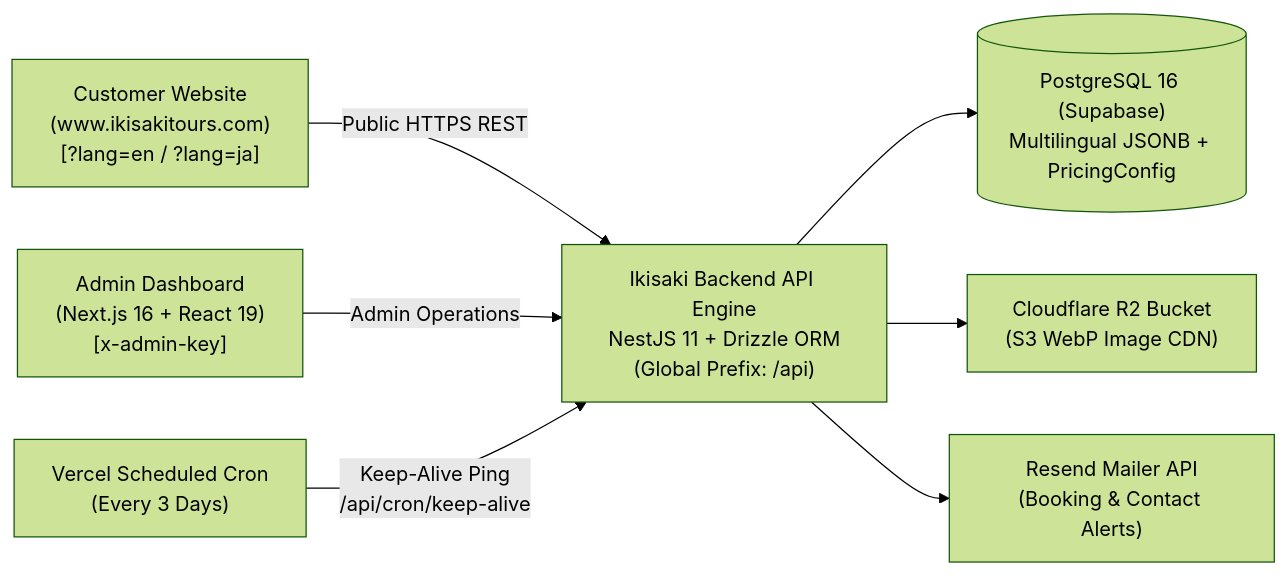
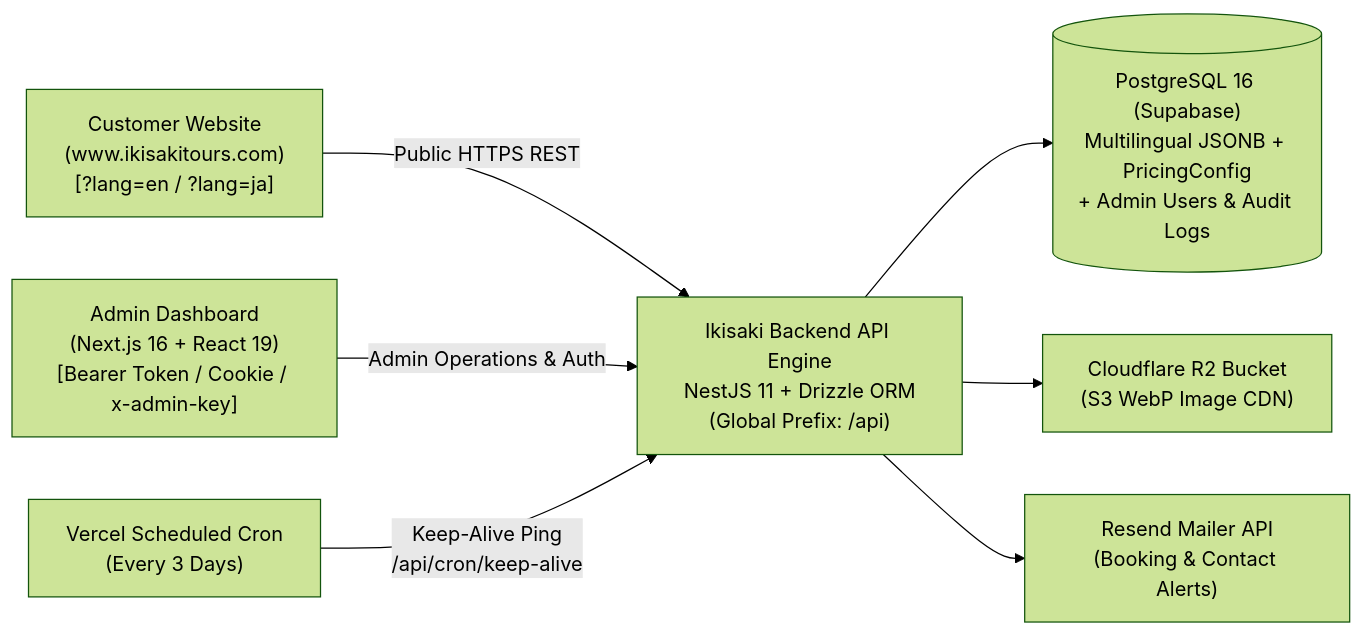
The diagram in README.md (ikisakitours/ikisakitours-backend), drawn with Mermaid (forest theme) before and after one commit. The commit also changed other lines of this file, not shown here.

Commit message:
docs: comprehensive update to README.md covering all new features and security architecture

````diff
--- a/README.md
+++ b/README.md
@@ -62,13 +64,13 @@
 ```mermaid
 flowchart LR
   ClientWeb["Customer Website\n(www.ikisakitours.com)\n[?lang=en / ?lang=ja]"] -->|"Public HTTPS REST"| NestAPI
-  AdminPanel["Admin Dashboard\n(Next.js 16 + React 19)\n[x-admin-key]" ] -->|"Admin Operations"| NestAPI
+  AdminPanel["Admin Dashboard\n(Next.js 16 + React 19)\n[Bearer Token / Cookie / x-admin-key]" ] -->|"Admin Operations & Auth"| NestAPI
   
   NestAPI["Ikisaki Backend API Engine\nNestJS 11 + Drizzle ORM\n(Global Prefix: /api)"]
   
-  NestAPI --> Postgres[("PostgreSQL 16 (Supabase)\nMultilingual JSONB + PricingConfig")]
+  NestAPI --> Postgres[("PostgreSQL 16 (Supabase)\nMultilingual JSONB + PricingConfig\n+ Admin Users & Audit Logs")]
   NestAPI --> R2Storage["Cloudflare R2 Bucket\n(S3 WebP Image CDN)"]
   NestAPI --> ResendMail["Resend Mailer API\n(Booking & Contact Alerts)"]
   
   VercelCron["Vercel Scheduled Cron\n(Every 3 Days)"] -->|"Keep-Alive Ping\n/api/cron/keep-alive"| NestAPI
 ```
````
